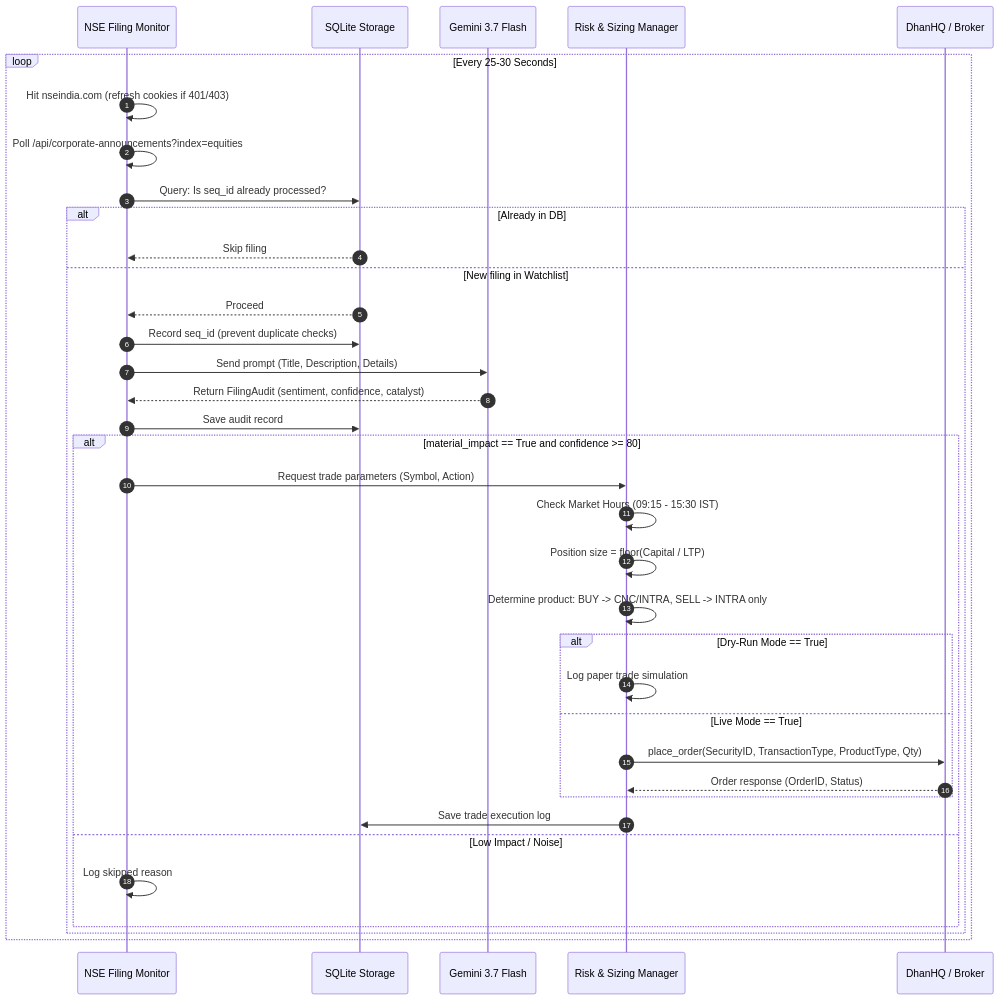
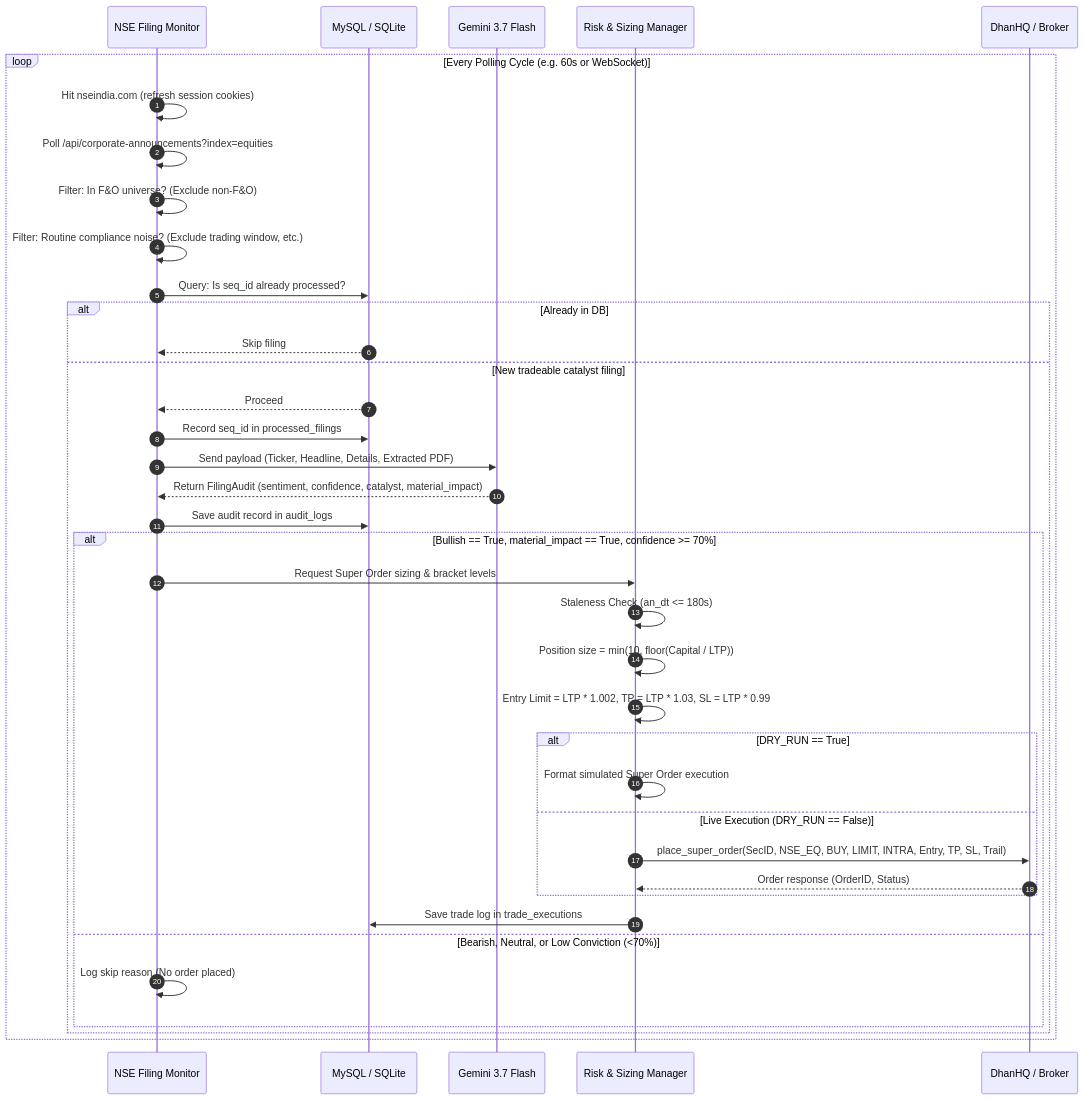
One commit to amitaucs/strategy_dhan_nse_news changed the second of 2 diagrams in implementationPlan.md. Above: the diagram before and after it, drawn with Mermaid. The commit also changed other lines of this file and 8 other files, not shown here.

````diff
--- a/implementationPlan.md
+++ b/implementationPlan.md
@@ -50,41 +51,43 @@
 ```mermaid
 sequenceDiagram
     autonumber
     participant Mon as NSE Filing Monitor
-    participant DB as SQLite Storage
+    participant DB as MySQL / SQLite
     participant AI as Gemini 3.7 Flash
     participant Risk as Risk & Sizing Manager
     participant Dhan as DhanHQ / Broker
 
-    loop Every 25-30 Seconds
-        Mon->>Mon: Hit nseindia.com (refresh cookies if 401/403)
+    loop Every Polling Cycle (e.g. 60s or WebSocket)
+        Mon->>Mon: Hit nseindia.com (refresh session cookies)
         Mon->>Mon: Poll /api/corporate-announcements?index=equities
+        Mon->>Mon: Filter: In F&O universe? (Exclude non-F&O)
+        Mon->>Mon: Filter: Routine compliance noise? (Exclude trading window, etc.)
         Mon->>DB: Query: Is seq_id already processed?
         alt Already in DB
             DB-->>Mon: Skip filing
-        else New filing in Watchlist
+        else New tradeable catalyst filing
             DB-->>Mon: Proceed
-            Mon->>DB: Record seq_id (prevent duplicate checks)
-            Mon->>AI: Send prompt (Title, Description, Details)
-            AI-->>Mon: Return FilingAudit (sentiment, confidence, catalyst)
-            Mon->>DB: Save audit record
+            Mon->>DB: Record seq_id in processed_filings
+            Mon->>AI: Send payload (Ticker, Headline, Details, Extracted PDF)
+            AI-->>Mon: Return FilingAudit (sentiment, confidence, catalyst, material_impact)
+            Mon->>DB: Save audit record in audit_logs
             
-            alt material_impact == True and confidence >= 80
-                Mon->>Risk: Request trade parameters (Symbol, Action)
-                Risk->>Risk: Check Market Hours (09:15 - 15:30 IST)
-                Risk->>Risk: Position size = floor(Capital / LTP)
-                Risk->>Risk: Determine product: BUY -> CNC/INTRA, SELL -> INTRA only
+            alt Bullish == True, material_impact == True, confidence >= 70%
+                Mon->>Risk: Request Super Order sizing & bracket levels
+                Risk->>Risk: Staleness Check (an_dt <= 180s)
+                Risk->>Risk: Position size = min(10, floor(Capital / LTP))
+                Risk->>Risk: Entry Limit = LTP * 1.002, TP = LTP * 1.03, SL = LTP * 0.99
                 
-                alt Dry-Run Mode == True
-                    Risk->>Risk: Log paper trade simulation
-                else Live Mode == True
-                    Risk->>Dhan: place_order(SecurityID, TransactionType, ProductType, Qty)
+                alt DRY_RUN == True
+                    Risk->>Risk: Format simulated Super Order execution
+                else Live Execution (DRY_RUN == False)
+                    Risk->>Dhan: place_super_order(SecID, NSE_EQ, BUY, LIMIT, INTRA, Entry, TP, SL, Trail)
                     Dhan-->>Risk: Order response (OrderID, Status)
                 end
-                Risk->>DB: Save trade execution log
-            else Low Impact / Noise
-                Mon->>Mon: Log skipped reason
+                Risk->>DB: Save trade log in trade_executions
+            else Bearish, Neutral, or Low Conviction (<70%)
+                Mon->>Mon: Log skip reason (No order placed)
             end
         end
     end
 ```
````
